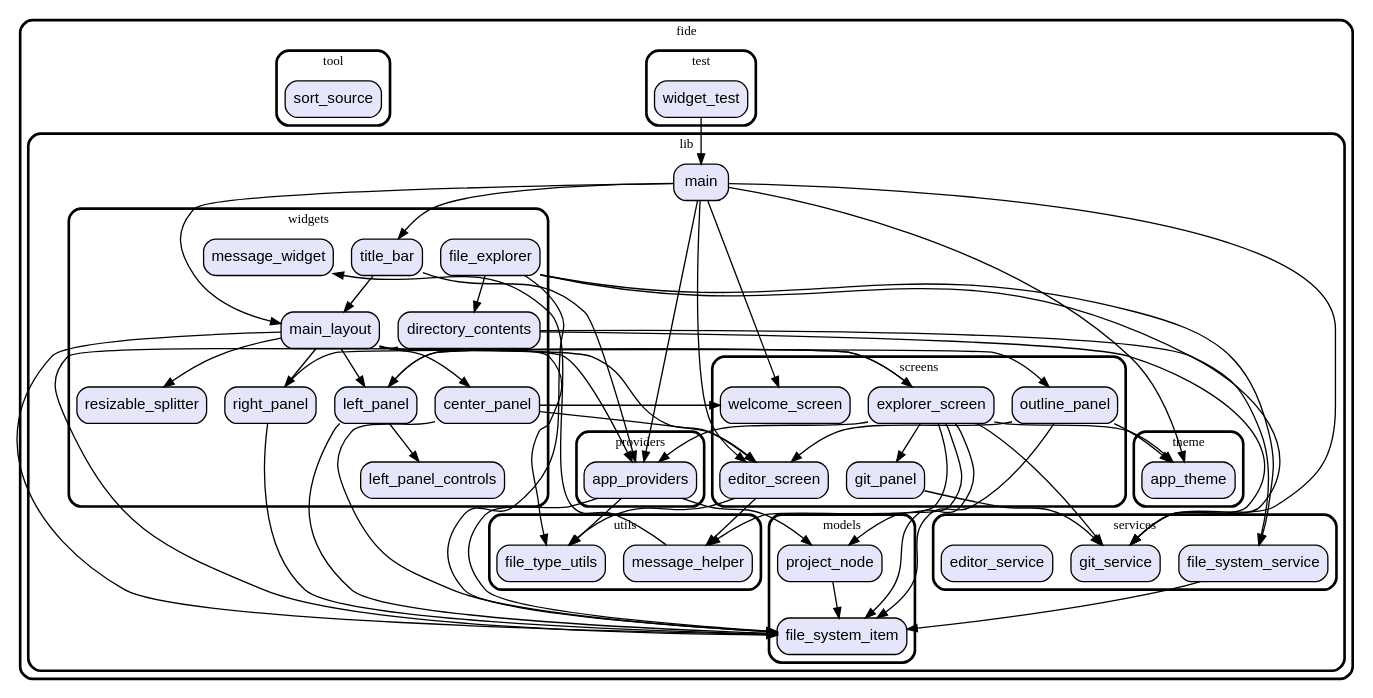
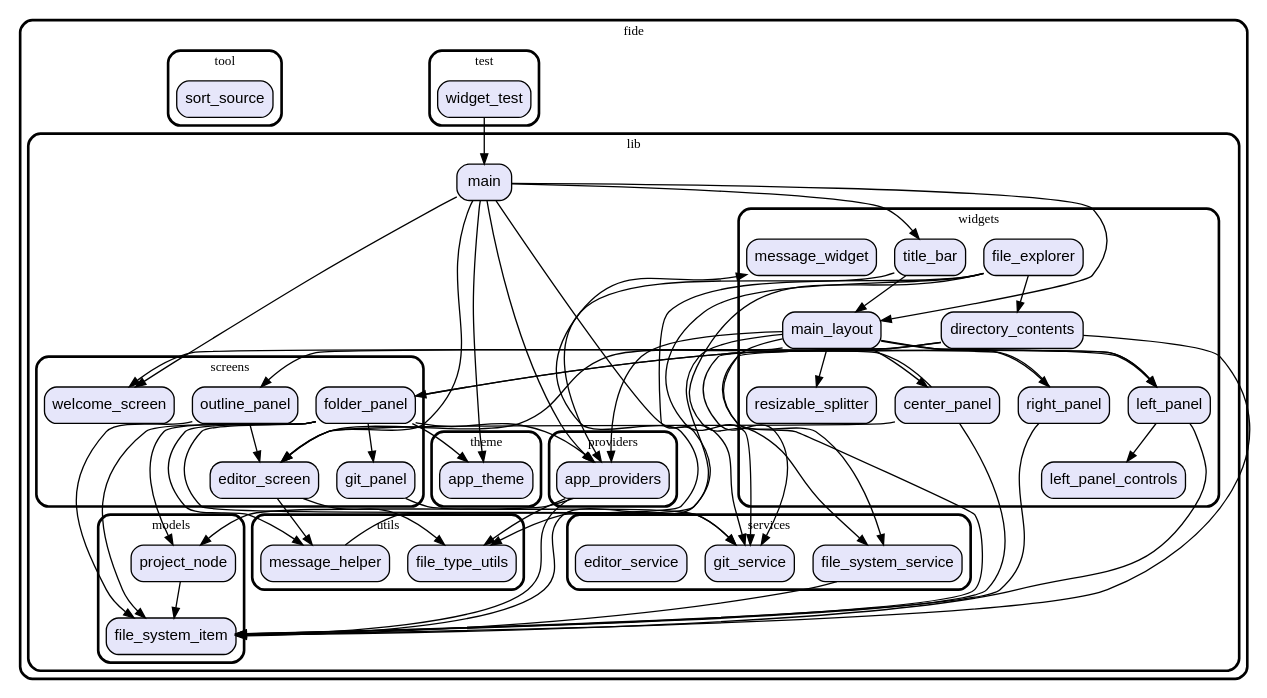
Before and after one commit to vteam-com/FIDE: the diagram in graph.dot, drawn with Graphviz. The commit also changed 6 other files, not shown here.

Commit message:
rename to "folder_panel.dart"

```diff
--- a/graph.dot
+++ b/graph.dot
@@ -1,145 +1,144 @@
 digraph "" {
   graph [style=rounded fontname="Arial Black" fontsize=13 penwidth=2.6];
   node [shape=rect style="filled,rounded" fontname=Arial fontsize=15 fillcolor=Lavender penwidth=1.3];
   edge [penwidth=1.3];
   "/test/widget_test.dart" [label="widget_test"];
   "/lib/providers/app_providers.dart" [label="app_providers"];
   "/lib/utils/message_helper.dart" [label="message_helper"];
   "/lib/utils/file_type_utils.dart" [label="file_type_utils"];
   "/lib/models/project_node.dart" [label="project_node"];
   "/lib/models/file_system_item.dart" [label="file_system_item"];
   "/lib/screens/git_panel.dart" [label="git_panel"];
-  "/lib/screens/explorer_screen.dart" [label="explorer_screen"];
   "/lib/screens/outline_panel.dart" [label="outline_panel"];
+  "/lib/screens/folder_panel.dart" [label="folder_panel"];
   "/lib/screens/editor_screen.dart" [label="editor_screen"];
   "/lib/screens/welcome_screen.dart" [label="welcome_screen"];
   "/lib/main.dart" [label="main"];
   "/lib/theme/app_theme.dart" [label="app_theme"];
   "/lib/services/git_service.dart" [label="git_service"];
   "/lib/services/file_system_service.dart" [label="file_system_service"];
   "/lib/services/editor_service.dart" [label="editor_service"];
   "/lib/widgets/left_panel_controls.dart" [label="left_panel_controls"];
   "/lib/widgets/resizable_splitter.dart" [label="resizable_splitter"];
   "/lib/widgets/directory_contents.dart" [label="directory_contents"];
   "/lib/widgets/title_bar.dart" [label="title_bar"];
   "/lib/widgets/main_layout.dart" [label="main_layout"];
   "/lib/widgets/file_explorer.dart" [label="file_explorer"];
   "/lib/widgets/message_widget.dart" [label="message_widget"];
   "/lib/widgets/left_panel.dart" [label="left_panel"];
   "/lib/widgets/center_panel.dart" [label="center_panel"];
   "/lib/widgets/right_panel.dart" [label="right_panel"];
   "/tool/sort_source.dart" [label="sort_source"];
   subgraph "cluster~" {
     label="fide";
     subgraph "cluster~/test" {
       label="test";
       "/test/widget_test.dart";
     }
     subgraph "cluster~/lib" {
       label="lib";
       "/lib/main.dart";
       subgraph "cluster~/lib/providers" {
         label="providers";
         "/lib/providers/app_providers.dart";
       }
       subgraph "cluster~/lib/utils" {
         label="utils";
         "/lib/utils/message_helper.dart";
         "/lib/utils/file_type_utils.dart";
       }
       subgraph "cluster~/lib/models" {
         label="models";
         "/lib/models/project_node.dart";
         "/lib/models/file_system_item.dart";
       }
       subgraph "cluster~/lib/screens" {
         label="screens";
         "/lib/screens/git_panel.dart";
-        "/lib/screens/explorer_screen.dart";
         "/lib/screens/outline_panel.dart";
+        "/lib/screens/folder_panel.dart";
         "/lib/screens/editor_screen.dart";
         "/lib/screens/welcome_screen.dart";
       }
       subgraph "cluster~/lib/theme" {
         label="theme";
         "/lib/theme/app_theme.dart";
       }
       subgraph "cluster~/lib/services" {
         label="services";
         "/lib/services/git_service.dart";
         "/lib/services/file_system_service.dart";
         "/lib/services/editor_service.dart";
       }
       subgraph "cluster~/lib/widgets" {
         label="widgets";
         "/lib/widgets/left_panel_controls.dart";
         "/lib/widgets/resizable_splitter.dart";
         "/lib/widgets/directory_contents.dart";
         "/lib/widgets/title_bar.dart";
         "/lib/widgets/main_layout.dart";
         "/lib/widgets/file_explorer.dart";
         "/lib/widgets/message_widget.dart";
         "/lib/widgets/left_panel.dart";
         "/lib/widgets/center_panel.dart";
         "/lib/widgets/right_panel.dart";
       }
     }
     subgraph "cluster~/tool" {
       label="tool";
       "/tool/sort_source.dart";
     }
   }
   "/test/widget_test.dart" -> "/lib/main.dart";
   "/lib/providers/app_providers.dart" -> "/lib/models/file_system_item.dart";
   "/lib/providers/app_providers.dart" -> "/lib/models/project_node.dart";
   "/lib/providers/app_providers.dart" -> "/lib/utils/file_type_utils.dart";
   "/lib/utils/message_helper.dart" -> "/lib/widgets/message_widget.dart";
   "/lib/models/project_node.dart" -> "/lib/models/file_system_item.dart";
   "/lib/screens/git_panel.dart" -> "/lib/services/git_service.dart";
-  "/lib/screens/explorer_screen.dart" -> "/lib/models/project_node.dart";
-  "/lib/screens/explorer_screen.dart" -> "/lib/models/file_system_item.dart";
-  "/lib/screens/explorer_screen.dart" -> "/lib/services/git_service.dart";
-  "/lib/screens/explorer_screen.dart" -> "/lib/utils/message_helper.dart";
-  "/lib/screens/explorer_screen.dart" -> "/lib/screens/git_panel.dart";
-  "/lib/screens/explorer_screen.dart" -> "/lib/theme/app_theme.dart";
-  "/lib/screens/explorer_screen.dart" -> "/lib/widgets/left_panel.dart";
-  "/lib/screens/explorer_screen.dart" -> "/lib/providers/app_providers.dart";
-  "/lib/screens/outline_panel.dart" -> "/lib/theme/app_theme.dart";
   "/lib/screens/outline_panel.dart" -> "/lib/models/file_system_item.dart";
   "/lib/screens/outline_panel.dart" -> "/lib/screens/editor_screen.dart";
+  "/lib/screens/folder_panel.dart" -> "/lib/models/project_node.dart";
+  "/lib/screens/folder_panel.dart" -> "/lib/models/file_system_item.dart";
+  "/lib/screens/folder_panel.dart" -> "/lib/services/git_service.dart";
+  "/lib/screens/folder_panel.dart" -> "/lib/utils/message_helper.dart";
+  "/lib/screens/folder_panel.dart" -> "/lib/screens/git_panel.dart";
+  "/lib/screens/folder_panel.dart" -> "/lib/theme/app_theme.dart";
+  "/lib/screens/folder_panel.dart" -> "/lib/widgets/left_panel.dart";
+  "/lib/screens/folder_panel.dart" -> "/lib/providers/app_providers.dart";
   "/lib/screens/editor_screen.dart" -> "/lib/utils/message_helper.dart";
   "/lib/screens/editor_screen.dart" -> "/lib/utils/file_type_utils.dart";
   "/lib/main.dart" -> "/lib/providers/app_providers.dart";
   "/lib/main.dart" -> "/lib/widgets/main_layout.dart";
   "/lib/main.dart" -> "/lib/widgets/title_bar.dart";
   "/lib/main.dart" -> "/lib/screens/editor_screen.dart";
   "/lib/main.dart" -> "/lib/screens/welcome_screen.dart";
   "/lib/main.dart" -> "/lib/services/git_service.dart";
   "/lib/main.dart" -> "/lib/theme/app_theme.dart";
   "/lib/services/file_system_service.dart" -> "/lib/models/file_system_item.dart";
   "/lib/widgets/directory_contents.dart" -> "/lib/services/file_system_service.dart";
   "/lib/widgets/directory_contents.dart" -> "/lib/services/git_service.dart";
   "/lib/widgets/directory_contents.dart" -> "/lib/models/file_system_item.dart";
   "/lib/widgets/title_bar.dart" -> "/lib/providers/app_providers.dart";
   "/lib/widgets/title_bar.dart" -> "/lib/widgets/main_layout.dart";
   "/lib/widgets/main_layout.dart" -> "/lib/screens/editor_screen.dart";
   "/lib/widgets/main_layout.dart" -> "/lib/providers/app_providers.dart";
   "/lib/widgets/main_layout.dart" -> "/lib/models/file_system_item.dart";
   "/lib/widgets/main_layout.dart" -> "/lib/utils/file_type_utils.dart";
   "/lib/widgets/main_layout.dart" -> "/lib/widgets/resizable_splitter.dart";
   "/lib/widgets/main_layout.dart" -> "/lib/widgets/left_panel.dart";
   "/lib/widgets/main_layout.dart" -> "/lib/widgets/center_panel.dart";
   "/lib/widgets/main_layout.dart" -> "/lib/widgets/right_panel.dart";
   "/lib/widgets/file_explorer.dart" -> "/lib/services/file_system_service.dart";
   "/lib/widgets/file_explorer.dart" -> "/lib/services/git_service.dart";
   "/lib/widgets/file_explorer.dart" -> "/lib/models/file_system_item.dart";
   "/lib/widgets/file_explorer.dart" -> "/lib/widgets/directory_contents.dart";
-  "/lib/widgets/left_panel.dart" -> "/lib/screens/explorer_screen.dart";
+  "/lib/widgets/left_panel.dart" -> "/lib/screens/folder_panel.dart";
   "/lib/widgets/left_panel.dart" -> "/lib/widgets/left_panel_controls.dart";
   "/lib/widgets/left_panel.dart" -> "/lib/models/file_system_item.dart";
   "/lib/widgets/center_panel.dart" -> "/lib/screens/welcome_screen.dart";
   "/lib/widgets/center_panel.dart" -> "/lib/screens/editor_screen.dart";
   "/lib/widgets/center_panel.dart" -> "/lib/models/file_system_item.dart";
   "/lib/widgets/right_panel.dart" -> "/lib/screens/outline_panel.dart";
   "/lib/widgets/right_panel.dart" -> "/lib/models/file_system_item.dart";
 }
```
